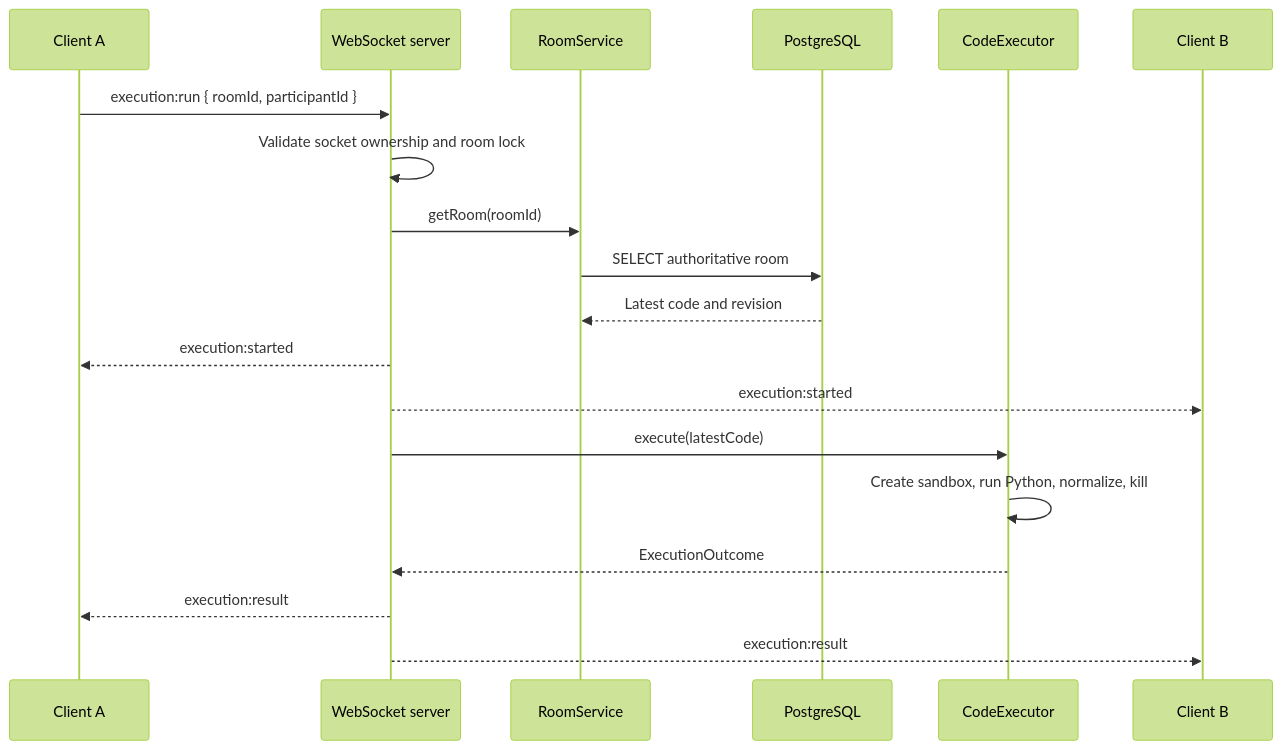
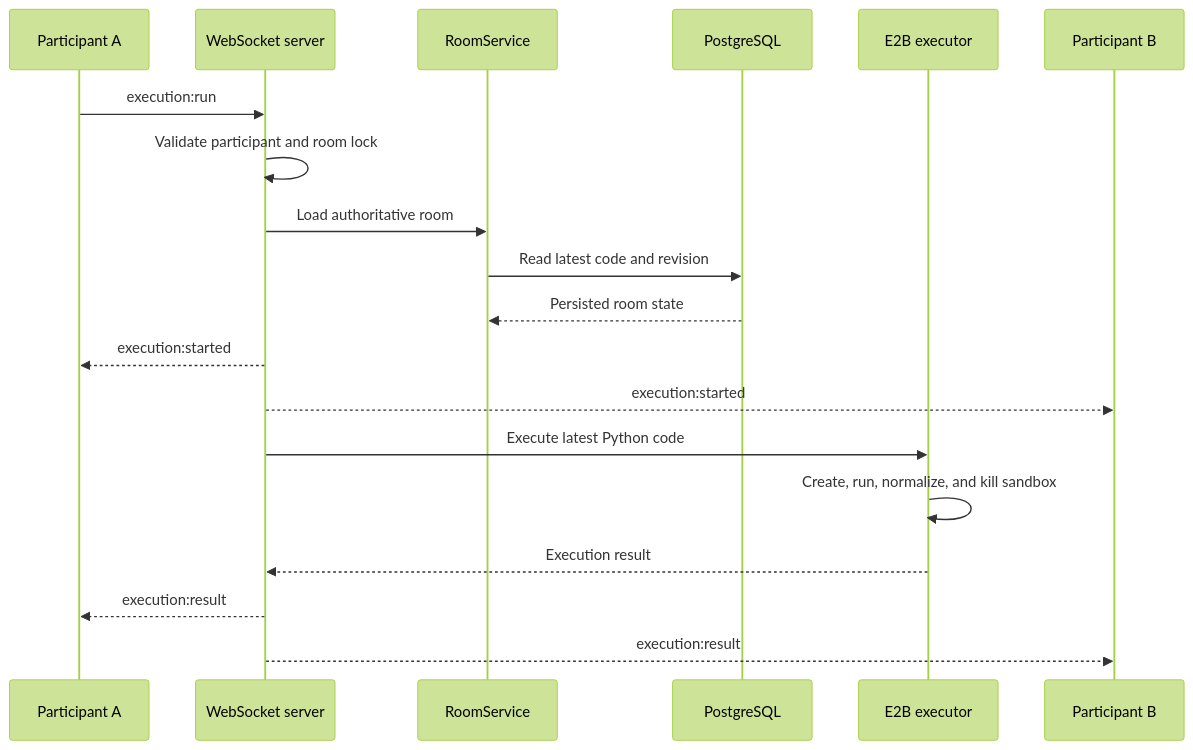
Before and after one commit to Amit-Mahato54322/code-together: the second of 2 diagrams in README.md, drawn with Mermaid (forest theme). The commit also changed other lines of this file and 2 other files, not shown here.

````diff
--- a/README.md
+++ b/README.md
@@ -411,22 +91,22 @@
 ```mermaid
 sequenceDiagram
-    participant A as Client A
+    participant A as Participant A
     participant W as WebSocket server
     participant S as RoomService
     participant DB as PostgreSQL
-    participant E as CodeExecutor
-    participant B as Client B
+    participant E as E2B executor
+    participant B as Participant B
 
-    A->>W: execution:run { roomId, participantId }
-    W->>W: Validate socket ownership and room lock
-    W->>S: getRoom(roomId)
-    S->>DB: SELECT authoritative room
-    DB-->>S: Latest code and revision
+    A->>W: execution:run
+    W->>W: Validate participant and room lock
+    W->>S: Load authoritative room
+    S->>DB: Read latest code and revision
+    DB-->>S: Persisted room state
     W-->>A: execution:started
     W-->>B: execution:started
-    W->>E: execute(latestCode)
-    E->>E: Create sandbox, run Python, normalize, kill
-    E-->>W: ExecutionOutcome
+    W->>E: Execute latest Python code
+    E->>E: Create, run, normalize, and kill sandbox
+    E-->>W: Execution result
     W-->>A: execution:result
     W-->>B: execution:result
 ```
````
